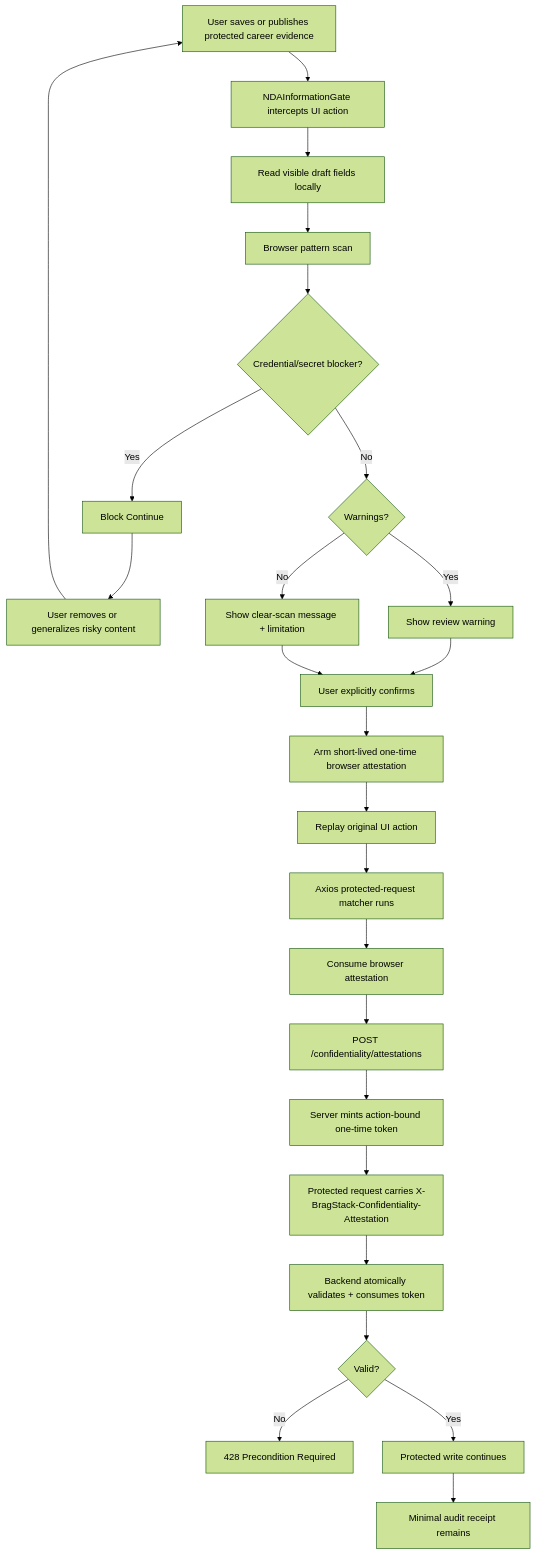
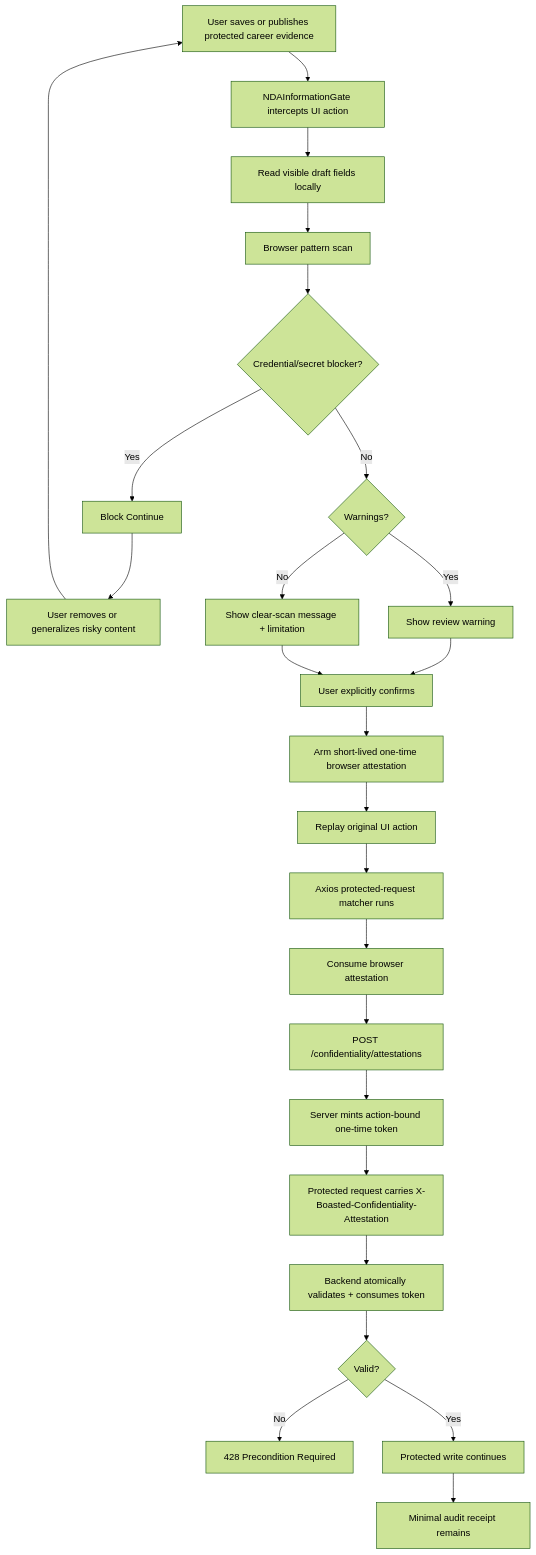
Before and after one commit to mergemaven11/Boasted.io: the diagram in docs/NDA_SAFETY_WORKFLOW.md, drawn with Mermaid (forest theme). The commit also changed other lines of this file and 191 other files, not shown here.

````diff
--- a/docs/NDA_SAFETY_WORKFLOW.md
+++ b/docs/NDA_SAFETY_WORKFLOW.md
@@ -35,27 +35,27 @@
 ```mermaid
 flowchart TD
     A[User saves or publishes protected career evidence] --> B[NDAInformationGate intercepts UI action]
     B --> C[Read visible draft fields locally]
     C --> D[Browser pattern scan]
     D --> E{Credential/secret blocker?}
     E -- Yes --> F[Block Continue]
     F --> G[User removes or generalizes risky content]
     G --> A
     E -- No --> H{Warnings?}
     H -- Yes --> I[Show review warning]
     H -- No --> J[Show clear-scan message + limitation]
     I --> K[User explicitly confirms]
     J --> K
     K --> L[Arm short-lived one-time browser attestation]
     L --> M[Replay original UI action]
     M --> N[Axios protected-request matcher runs]
     N --> O[Consume browser attestation]
     O --> P[POST /confidentiality/attestations]
     P --> Q[Server mints action-bound one-time token]
-    Q --> R[Protected request carries X-BragStack-Confidentiality-Attestation]
+    Q --> R[Protected request carries X-Boasted-Confidentiality-Attestation]
     R --> S[Backend atomically validates + consumes token]
     S --> T{Valid?}
     T -- No --> U[428 Precondition Required]
     T -- Yes --> V[Protected write continues]
     V --> W[Minimal audit receipt remains]
 ```
````
